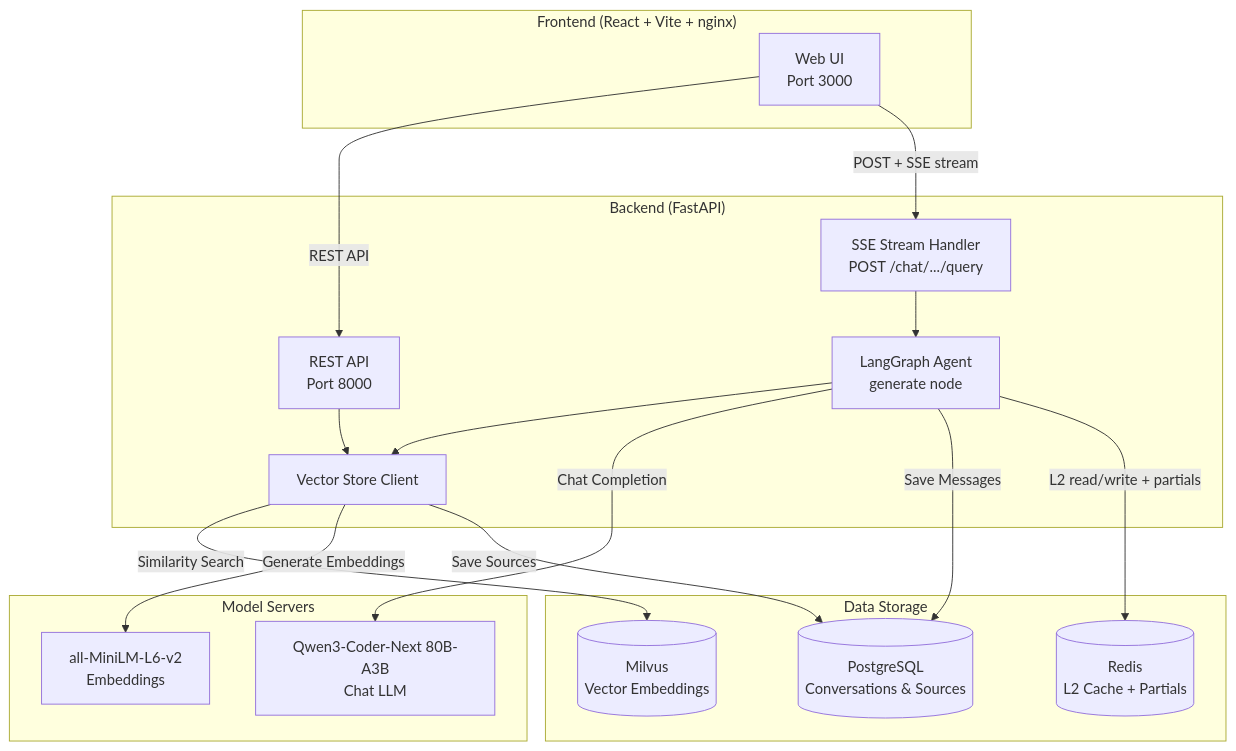
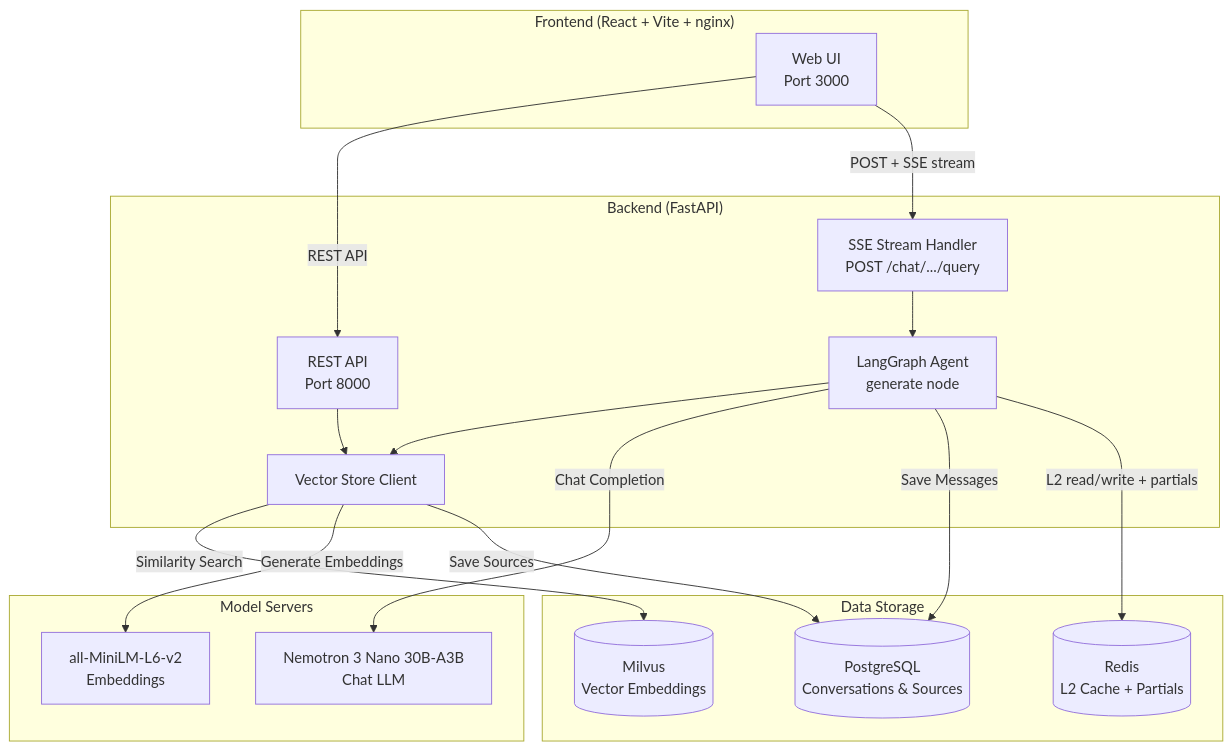
The first of 3 diagrams in README.md (devgig/rag-agent-chatbot), drawn with Mermaid before and after one commit. The commit also changed other lines of this file and 13 other files, not shown here.

````diff
--- a/README.md
+++ b/README.md
@@ -31,39 +31,39 @@
 ```mermaid
 flowchart TB
     subgraph Frontend["Frontend (React + Vite + nginx)"]
         UI[Web UI<br/>Port 3000]
     end
 
     subgraph Backend["Backend (FastAPI)"]
         API[REST API<br/>Port 8000]
         SSE[SSE Stream Handler<br/>POST /chat/.../query]
         Agent[LangGraph Agent<br/>generate node]
         VectorStore[Vector Store Client]
     end
 
     subgraph Storage["Data Storage"]
         Postgres[(PostgreSQL<br/>Conversations & Sources)]
         Redis[(Redis<br/>L2 Cache + Partials)]
         Milvus[(Milvus<br/>Vector Embeddings)]
     end
 
     subgraph Models["Model Servers"]
-        LLM[Qwen3-Coder-Next 80B-A3B<br/>Chat LLM]
+        LLM[Nemotron 3 Nano 30B-A3B<br/>Chat LLM]
         Embed[all-MiniLM-L6-v2<br/>Embeddings]
     end
 
     UI -->|REST API| API
     UI -->|POST + SSE stream| SSE
 
     SSE --> Agent
     API --> VectorStore
 
     Agent --> VectorStore
     Agent -->|Chat Completion| LLM
     VectorStore -->|Similarity Search| Milvus
     VectorStore -->|Generate Embeddings| Embed
 
     Agent -->|Save Messages| Postgres
     Agent -->|L2 read/write + partials| Redis
     VectorStore -->|Save Sources| Postgres
 ```
````
